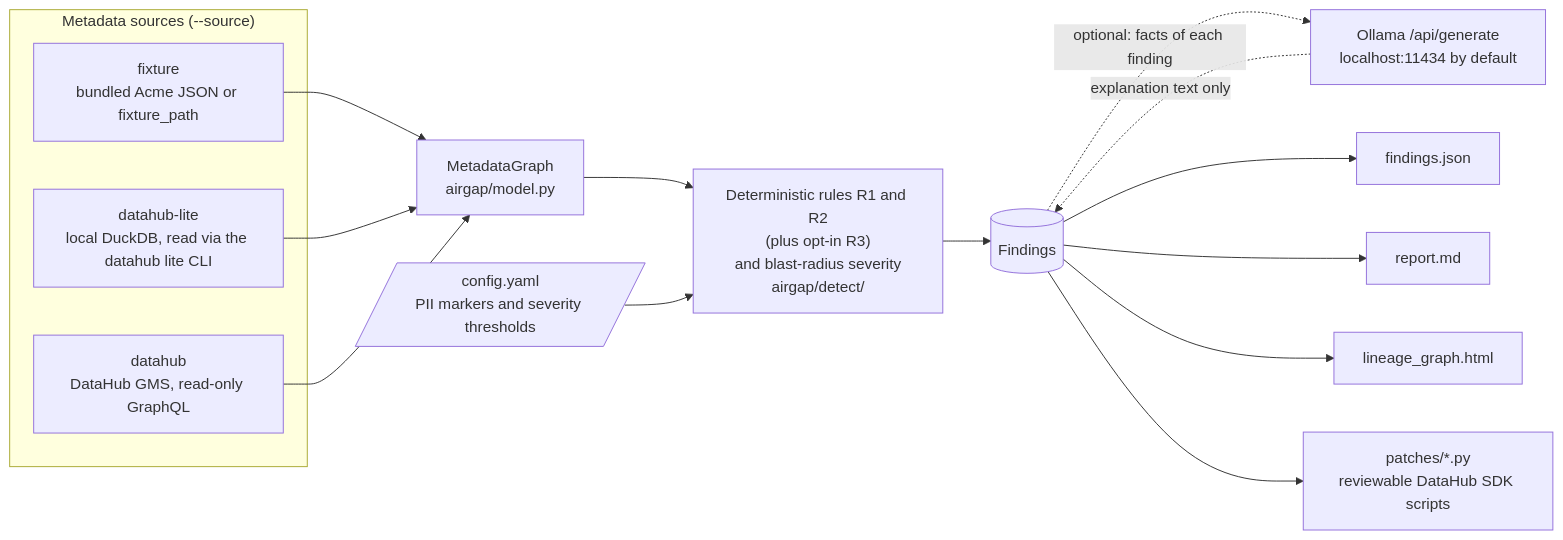
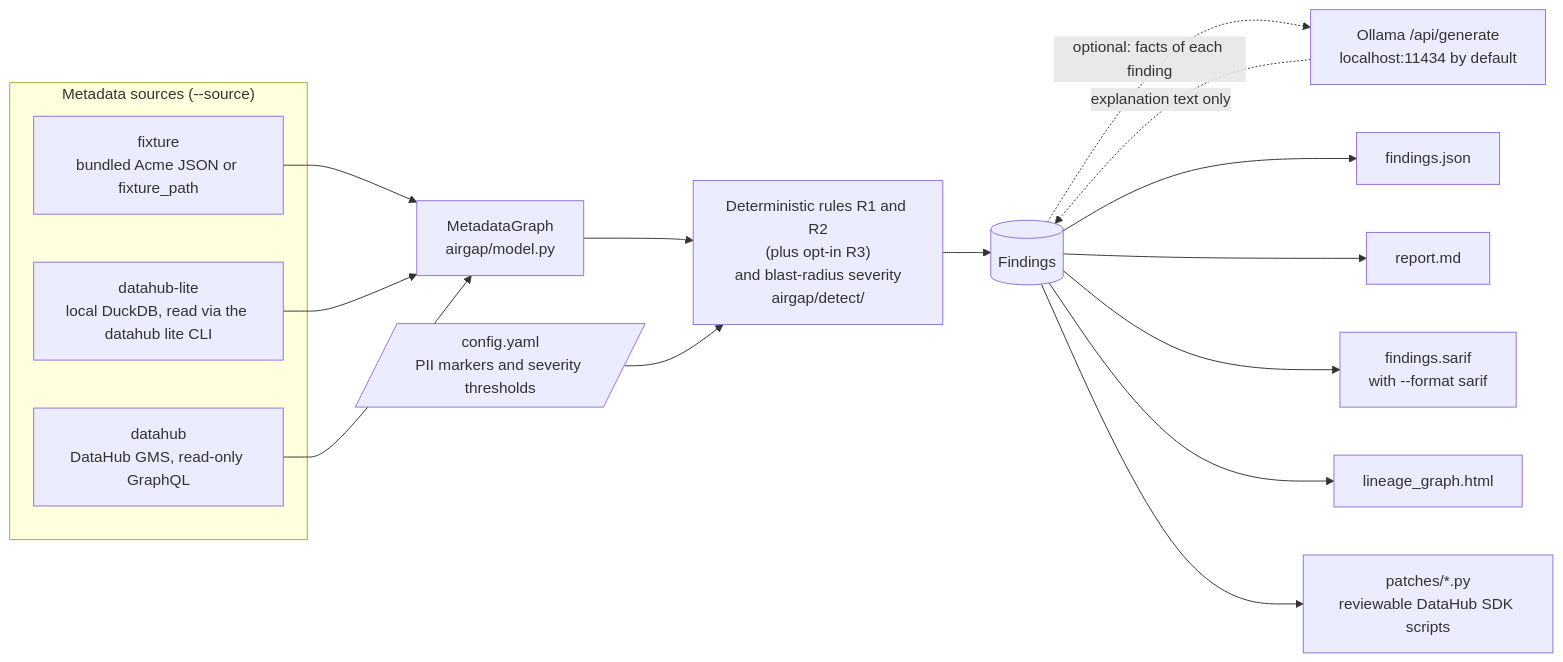
One commit to zelihaguven/airgap changed the diagram in README.md. Above: the diagram before and after it, drawn with Mermaid. The commit also changed other lines of this file and 2 other files, not shown here.

````diff
--- a/README.md
+++ b/README.md
@@ -298,21 +300,22 @@
 ```mermaid
 flowchart LR
     subgraph SRC["Metadata sources (--source)"]
         FX["fixture<br/>bundled Acme JSON or fixture_path"]
         LITE["datahub-lite<br/>local DuckDB, read via the datahub lite CLI"]
         GMS["datahub<br/>DataHub GMS, read-only GraphQL"]
     end
     CFG[/"config.yaml<br/>PII markers and severity thresholds"/]
     FX --> G
     LITE --> G
     GMS --> G
     G["MetadataGraph<br/>airgap/model.py"] --> D
     CFG --> D
     D["Deterministic rules R1 and R2<br/>(plus opt-in R3)<br/>and blast-radius severity<br/>airgap/detect/"] --> F[("Findings")]
     F -. "optional: facts of each finding" .-> LLM["Ollama /api/generate<br/>localhost:11434 by default"]
     LLM -. "explanation text only" .-> F
     F --> J["findings.json"]
     F --> M["report.md"]
+    F --> S["findings.sarif<br/>with --format sarif"]
     F --> H["lineage_graph.html"]
     F --> P["patches/*.py<br/>reviewable DataHub SDK scripts"]
 ```
````
